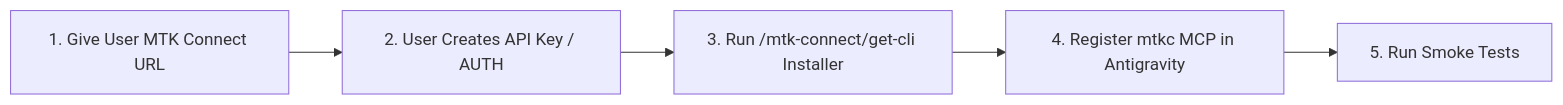
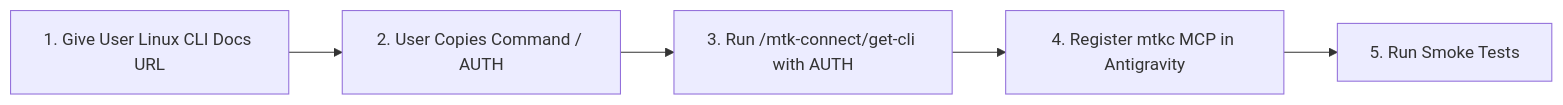
Before and after one commit to GoogleCloudPlatform/horizon-sdv: the diagram in .agents/plugins/horizon-ops/skills/mtkc-cli/SKILL.md, drawn with Mermaid. The commit also changed other lines of this file and 2 other files, not shown here.

Commit message:
docs(agents): align mtkc-cli skill with unauthenticated /get-cli route and AUTH env var flow

````diff
--- a/.agents/plugins/horizon-ops/skills/mtkc-cli/SKILL.md
+++ b/.agents/plugins/horizon-ops/skills/mtkc-cli/SKILL.md
@@ -18,7 +18,7 @@
 ```mermaid
 flowchart LR
-    A["1. Give User MTK Connect URL"] --> B["2. User Creates API Key / AUTH"]
-    B --> C["3. Run /mtk-connect/get-cli Installer"]
+    A["1. Give User Linux CLI Docs URL"] --> B["2. User Copies Command / AUTH"]
+    B --> C["3. Run /mtk-connect/get-cli with AUTH"]
     C --> D["4. Register mtkc MCP in Antigravity"]
     D --> E["5. Run Smoke Tests"]
 ```
````
